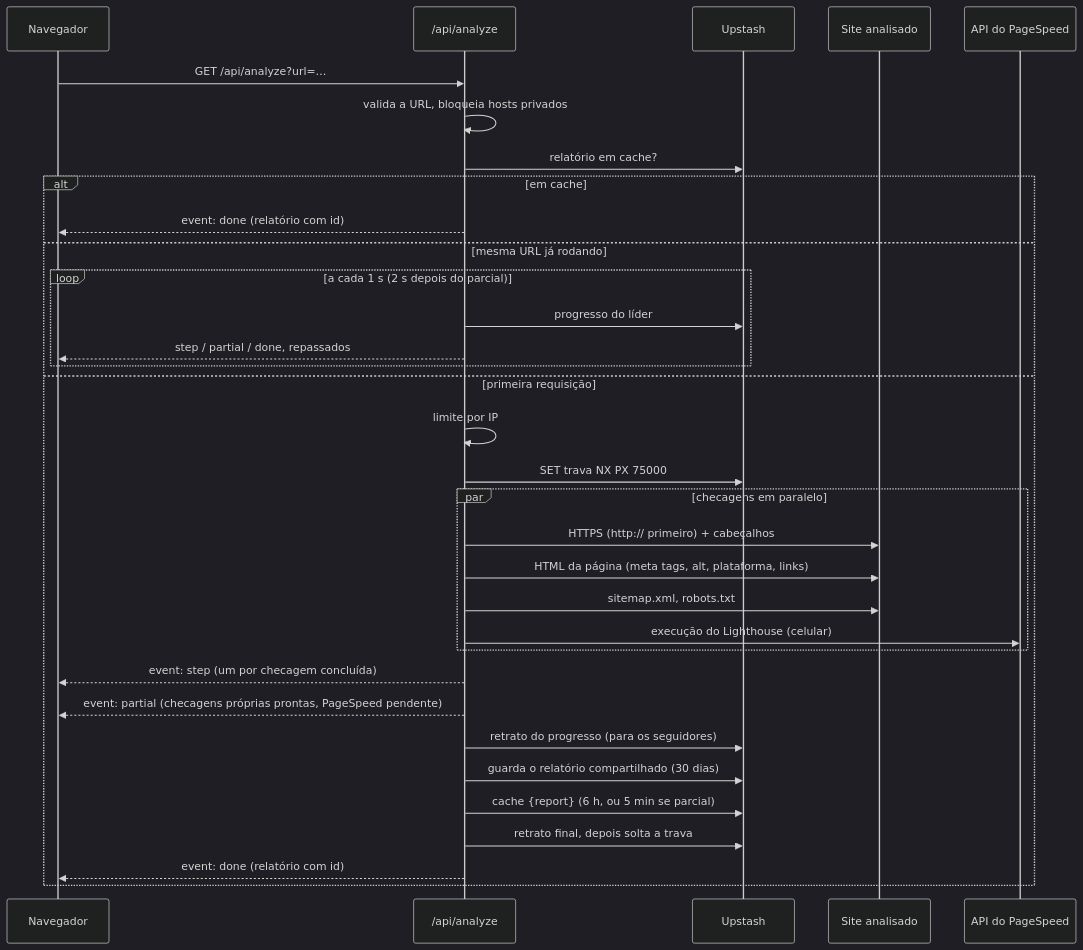
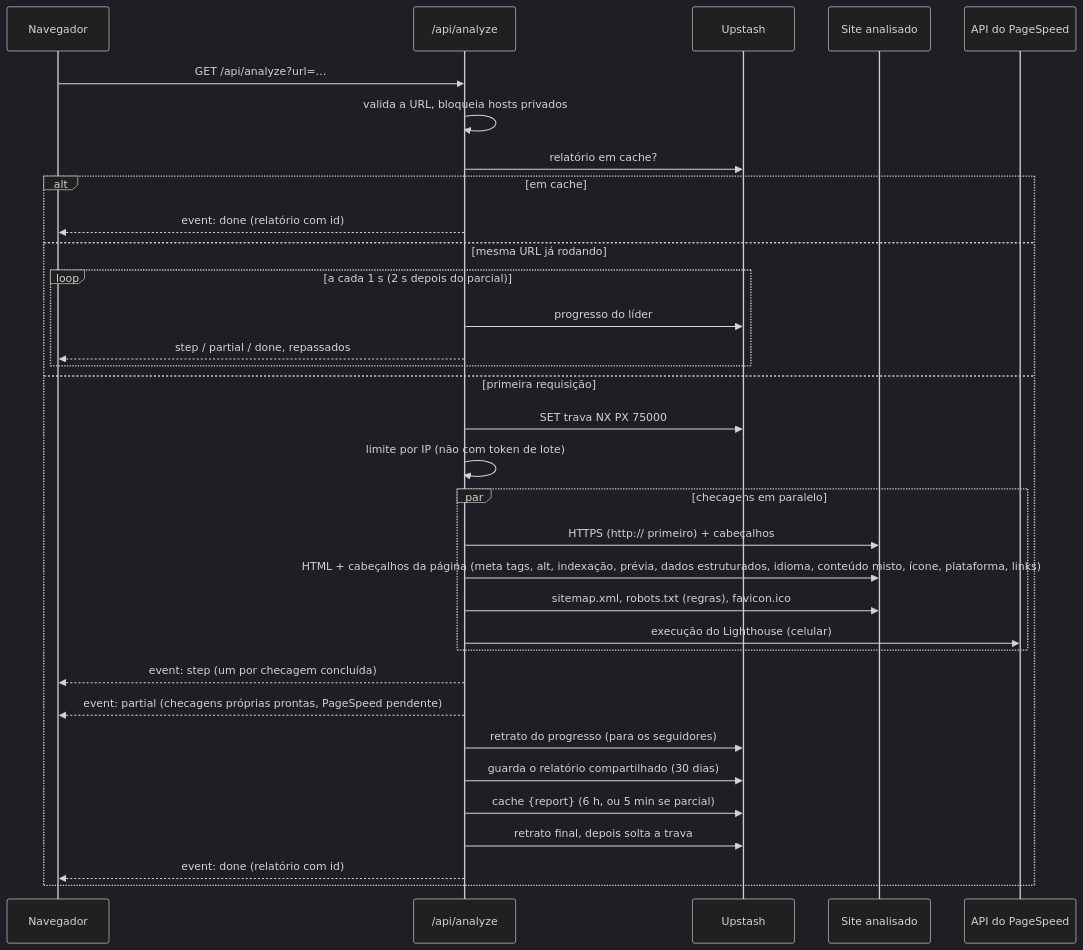
Before and after one commit to leodds21/Website-reviewer: the diagram in docs/ARCHITECTURE.pt-BR.md, drawn with Mermaid (dark theme). The commit also changed other lines of this file and 1 other file, not shown here.

Commit message:
docs: architecture for checks, batch and print

````diff
--- a/docs/ARCHITECTURE.pt-BR.md
+++ b/docs/ARCHITECTURE.pt-BR.md
@@ -33,36 +35,36 @@
 ```mermaid
 sequenceDiagram
     participant B as Navegador
     participant R as /api/analyze
     participant C as Upstash
     participant S as Site analisado
     participant G as API do PageSpeed
 
     B->>R: GET /api/analyze?url=…
     R->>R: valida a URL, bloqueia hosts privados
     R->>C: relatório em cache?
     alt em cache
         R-->>B: event: done (relatório com id)
     else mesma URL já rodando
         loop a cada 1 s (2 s depois do parcial)
             R->>C: progresso do líder
             R-->>B: step / partial / done, repassados
         end
     else primeira requisição
-        R->>R: limite por IP
         R->>C: SET trava NX PX 75000
+        R->>R: limite por IP (não com token de lote)
         par checagens em paralelo
             R->>S: HTTPS (http:// primeiro) + cabeçalhos
-            R->>S: HTML da página (meta tags, alt, plataforma, links)
-            R->>S: sitemap.xml, robots.txt
+            R->>S: HTML + cabeçalhos da página (meta tags, alt, indexação, prévia, dados estruturados, idioma, conteúdo misto, ícone, plataforma, links)
+            R->>S: sitemap.xml, robots.txt (regras), favicon.ico
             R->>G: execução do Lighthouse (celular)
         end
         R-->>B: event: step (um por checagem concluída)
         R-->>B: event: partial (checagens próprias prontas, PageSpeed pendente)
         R->>C: retrato do progresso (para os seguidores)
         R->>C: guarda o relatório compartilhado (30 dias)
         R->>C: cache {report} (6 h, ou 5 min se parcial)
         R->>C: retrato final, depois solta a trava
         R-->>B: event: done (relatório com id)
     end
 ```
````
